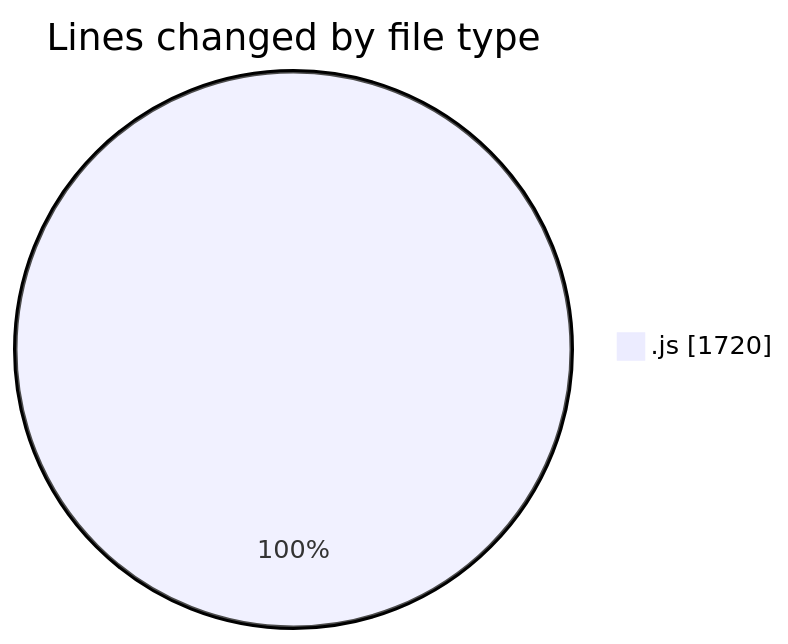
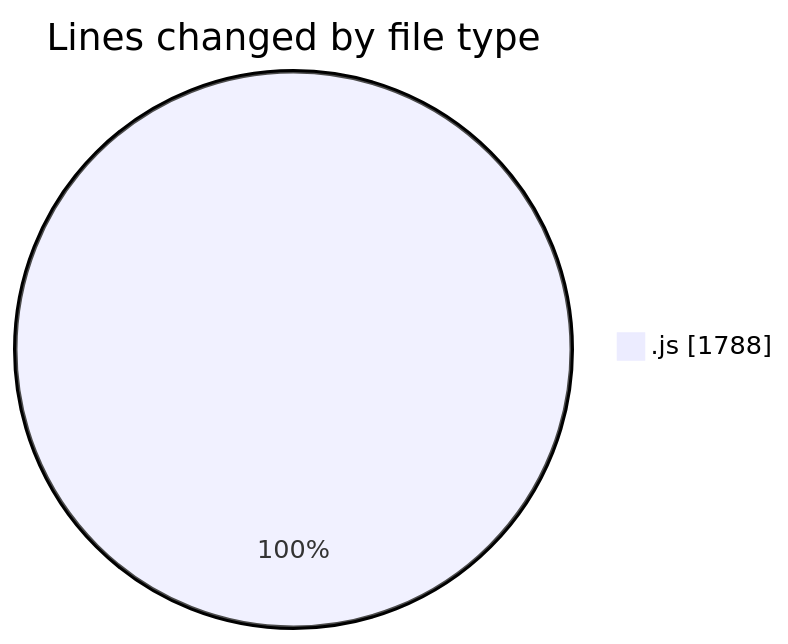
Before and after one commit to BS-eng2023/code-tracking: the first of 2 diagrams in 2025-04-03/jsvms/README.md, drawn with Mermaid. The commit also changed other lines of this file and 1 other file, not shown here.

````diff
--- a/2025-04-03/jsvms/README.md
+++ b/2025-04-03/jsvms/README.md
@@ -31,5 +31,5 @@
 ```mermaid
 pie showData
 title Lines changed by file type
-".js" : 1720
+".js" : 1788
 ```
````
